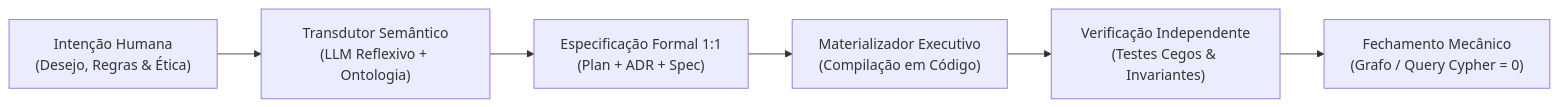
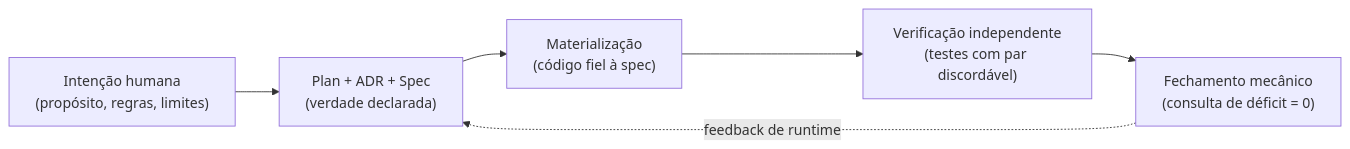
One commit to fuzaro/EEEMIAD changed the first of 2 diagrams in docs/pt/01-visao-geral.md. Above: the diagram before and after it, drawn with Mermaid. The commit also changed other lines of this file and 65 other files, not shown here.

````diff
--- a/docs/pt/01-visao-geral.md
+++ b/docs/pt/01-visao-geral.md
@@ -11,8 +43,8 @@
 ```mermaid
 flowchart LR
-    A["Intenção Humana<br/>(Desejo, Regras & Ética)"] --> B["Transdutor Semântico<br/>(LLM Reflexivo + Ontologia)"]
-    B --> C["Especificação Formal 1:1<br/>(Plan + ADR + Spec)"]
-    C --> D["Materializador Executivo<br/>(Compilação em Código)"]
-    D --> E["Verificação Independente<br/>(Testes Cegos & Invariantes)"]
-    E --> F["Fechamento Mecânico<br/>(Grafo / Query Cypher = 0)"]
+    A["Intenção humana<br/>(propósito, regras, limites)"] --> B["Plan + ADR + Spec<br/>(verdade declarada)"]
+    B --> C["Materialização<br/>(código fiel à spec)"]
+    C --> D["Verificação independente<br/>(testes com par discordável)"]
+    D --> E["Fechamento mecânico<br/>(consulta de déficit = 0)"]
+    E -.->|"feedback de runtime"| B
 ```
````
